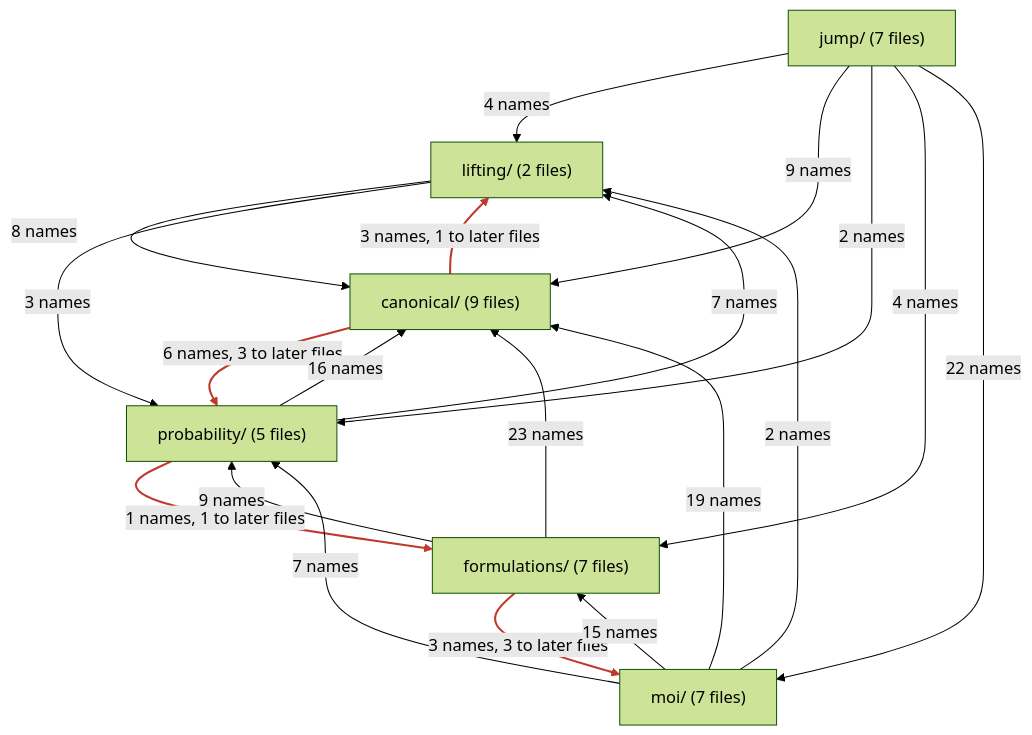
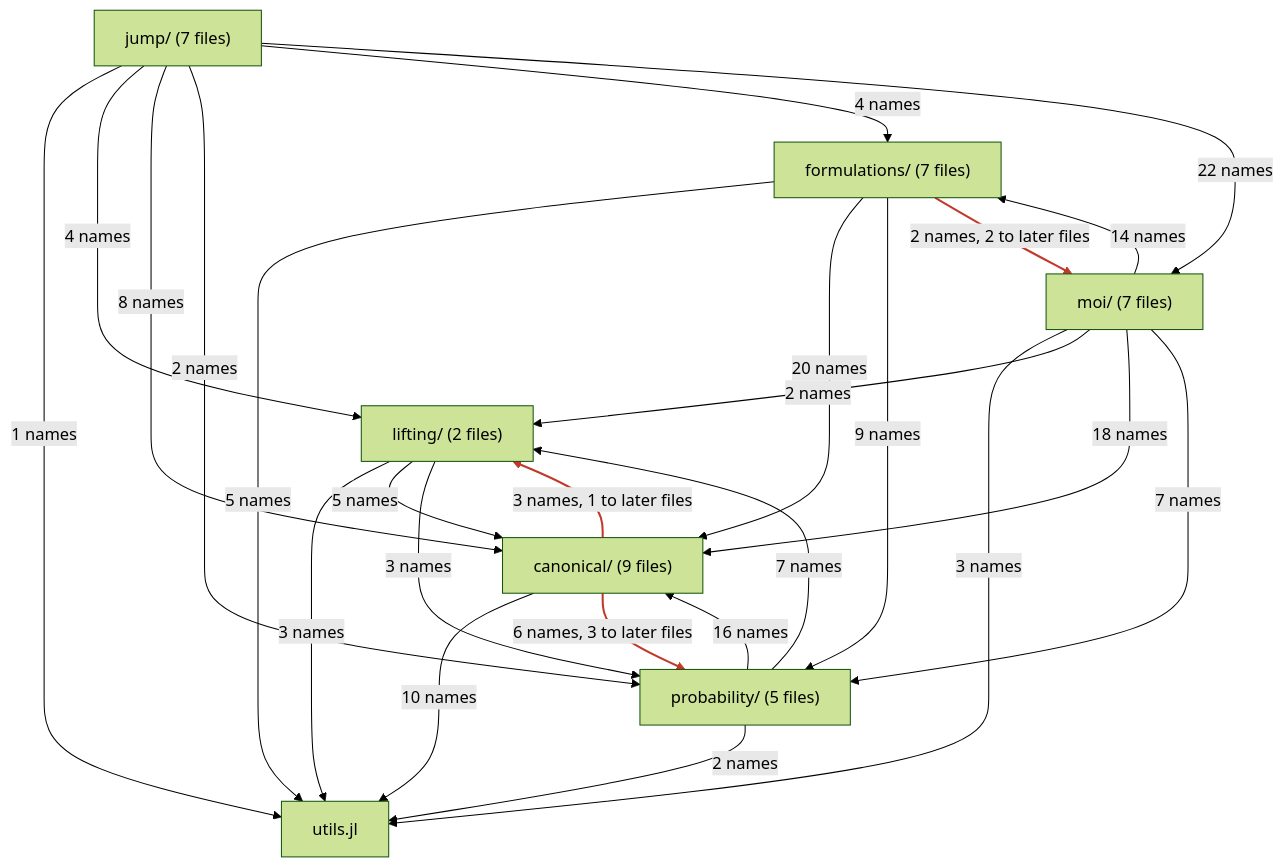
The diagram in docs/src/developer/structure_current.md (bfpc/LinearDecisionRules.jl), drawn with Mermaid (forest theme) before and after one commit. The commit also changed other lines of this file and 8 other files, not shown here.

````diff
--- a/docs/src/developer/structure_current.md
+++ b/docs/src/developer/structure_current.md
@@ -12,32 +12,37 @@
 ```mermaid
 flowchart TD
+    utils["utils.jl"]
     lifting["lifting/ (2 files)"]
     canonical["canonical/ (9 files)"]
     probability["probability/ (5 files)"]
     formulations["formulations/ (7 files)"]
     moi["moi/ (7 files)"]
     jump["jump/ (7 files)"]
-    lifting -->|"8 names"| canonical
+    lifting -->|"3 names"| utils
+    lifting -->|"5 names"| canonical
     lifting -->|"3 names"| probability
+    canonical -->|"10 names"| utils
     canonical -->|"3 names, 1 to later files"| lifting
     canonical -->|"6 names, 3 to later files"| probability
+    probability -->|"2 names"| utils
     probability -->|"7 names"| lifting
     probability -->|"16 names"| canonical
-    probability -->|"1 names, 1 to later files"| formulations
-    formulations -->|"23 names"| canonical
+    formulations -->|"5 names"| utils
+    formulations -->|"20 names"| canonical
     formulations -->|"9 names"| probability
-    formulations -->|"3 names, 3 to later files"| moi
+    formulations -->|"2 names, 2 to later files"| moi
+    moi -->|"3 names"| utils
     moi -->|"2 names"| lifting
-    moi -->|"19 names"| canonical
+    moi -->|"18 names"| canonical
     moi -->|"7 names"| probability
-    moi -->|"15 names"| formulations
+    moi -->|"14 names"| formulations
+    jump -->|"1 names"| utils
     jump -->|"4 names"| lifting
-    jump -->|"9 names"| canonical
+    jump -->|"8 names"| canonical
     jump -->|"2 names"| probability
     jump -->|"4 names"| formulations
     jump -->|"22 names"| moi
-    linkStyle 2 stroke:#c0392b,stroke-width:2px
-    linkStyle 3 stroke:#c0392b,stroke-width:2px
-    linkStyle 6 stroke:#c0392b,stroke-width:2px
-    linkStyle 9 stroke:#c0392b,stroke-width:2px
+    linkStyle 4 stroke:#c0392b,stroke-width:2px
+    linkStyle 5 stroke:#c0392b,stroke-width:2px
+    linkStyle 12 stroke:#c0392b,stroke-width:2px
 ```
````
